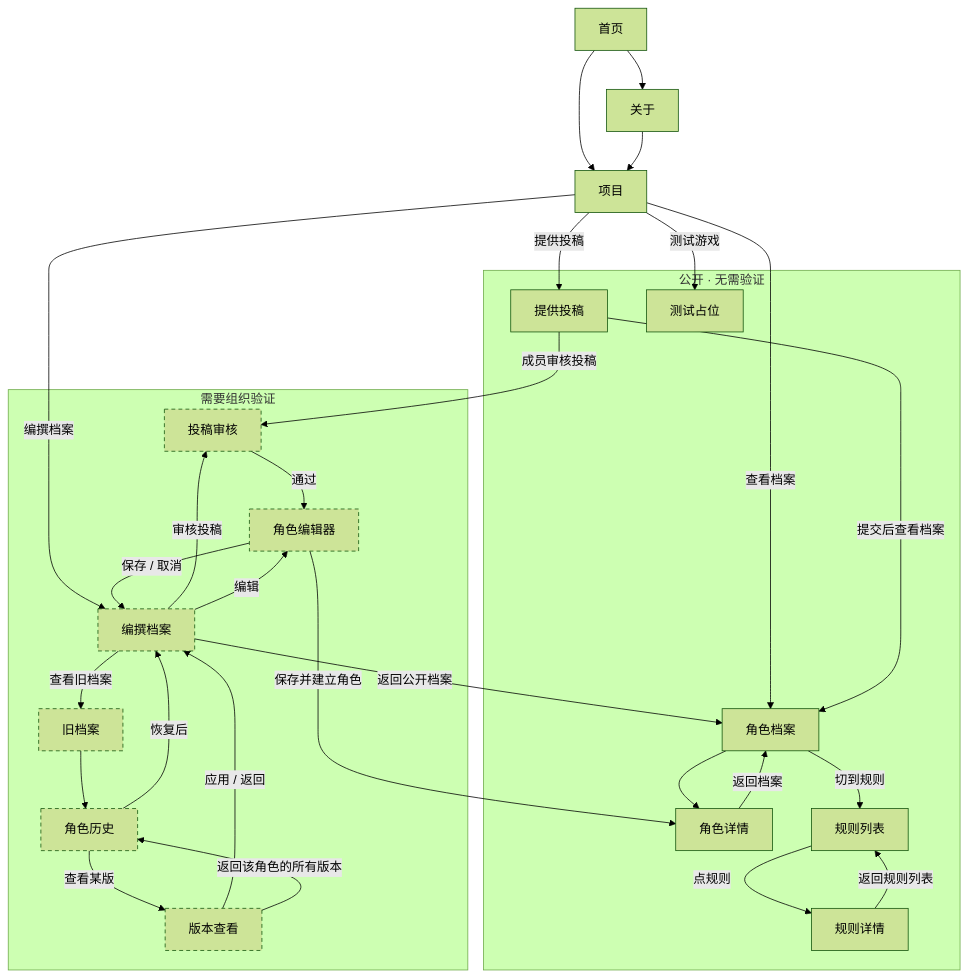
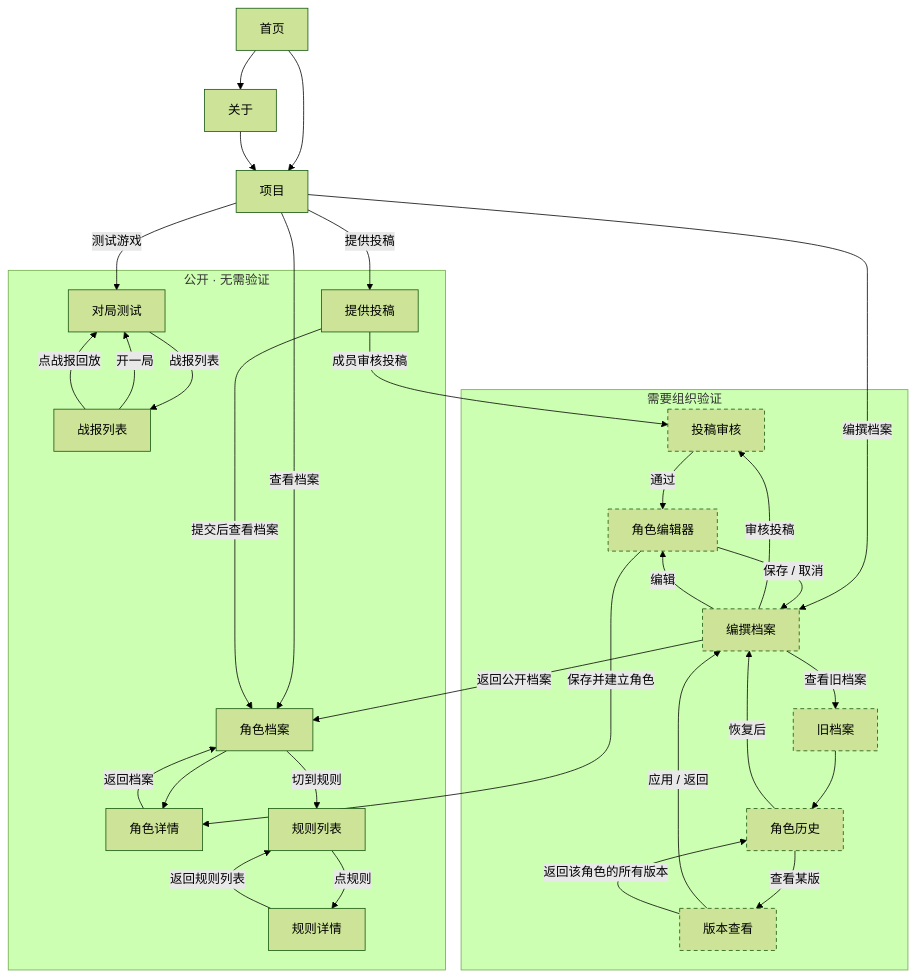
One commit to cangwu-protect-union/cangwu-protect-union.github.io changed the diagram in rpg6.0/访客流程图.md. Above: the diagram before and after it, drawn with Mermaid (forest theme). The commit also changed other lines of this file and 75 other files, not shown here.

````diff
--- a/rpg6.0/访客流程图.md
+++ b/rpg6.0/访客流程图.md
@@ -7,62 +7,68 @@
 ```mermaid
 flowchart TD
 
   H["首页"]
   A["关于"]
   P["项目"]
 
   subgraph open["公开 · 无需验证"]
     R["角色档案"]
     C["角色详情"]
     RL["规则列表"]
     RU["规则详情"]
     O["提供投稿"]
-    T["测试占位"]
+    T["对局测试"]
+    BL["战报列表"]
   end
 
   subgraph locked["需要组织验证"]
     EZ["编撰档案"]
     RV["投稿审核"]
     EE["角色编辑器"]
     OZ["旧档案"]
     OC["角色历史"]
     VV["版本查看"]
   end
 
   %% 主站
   H --> A
   H --> P
   A --> P
 
   %% 项目页的四个入口
   P -->|查看档案| R
   P -->|提供投稿| O
   P -->|编撰档案| EZ
   P -->|测试游戏| T
+
+  %% 对局与战报
+  T -->|战报列表| BL
+  BL -->|开一局| T
+  BL -->|点战报回放| T
 
   %% 公开区
   R --> C
   C -->|返回档案| R
   R -->|切到规则| RL
   RL -->|点规则| RU
   RU -->|返回规则列表| RL
   O -->|提交后查看档案| R
   O -->|成员审核投稿| RV
 
   %% 编辑区
   EZ -->|审核投稿| RV
   EZ -->|查看旧档案| OZ
   EZ -->|返回公开档案| R
   EZ -->|编辑| EE
   EE -->|保存 / 取消| EZ
   RV -->|通过| EE
   EE -->|保存并建立角色| C
   OZ --> OC
   OC -->|查看某版| VV
   OC -->|恢复后| EZ
   VV -->|应用 / 返回| EZ
   VV -->|返回该角色的所有版本| OC
 
   classDef lock stroke-dasharray: 5 4;
   class EZ,RV,EE,OZ,OC,VV lock;
 ```
````
